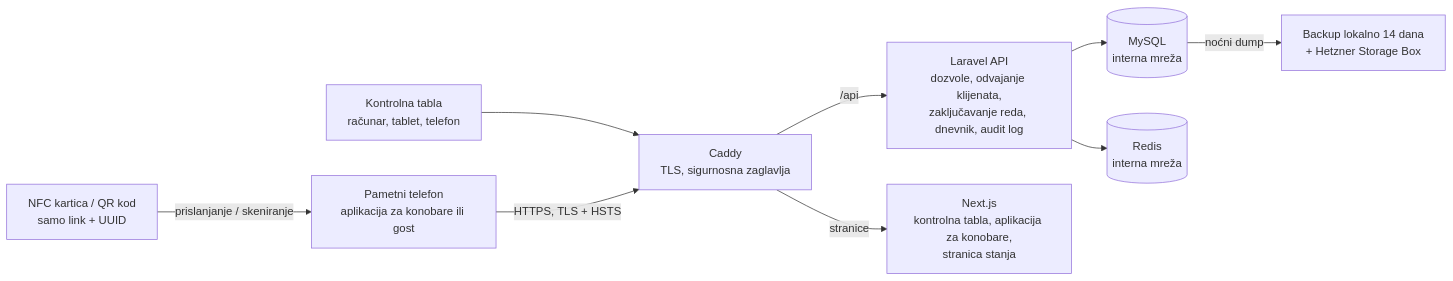
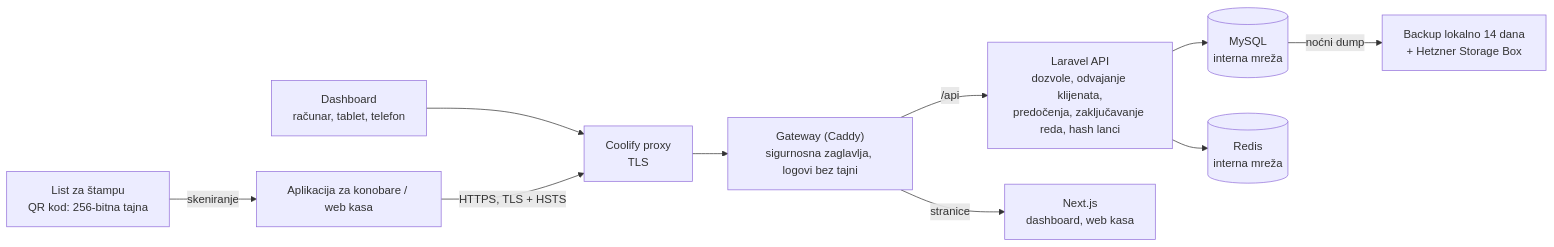
Before and after one commit to morganndesign/nfc-gutscheine: the diagram in docs/bhs/07-security/security-whitepaper.md, drawn with Mermaid. The commit also changed other lines of this file and 59 other files, not shown here.

First line of the commit message:
Docs: final architecture (ADR-002) in English, German and BHS; 2.0.0 changelog

````diff
--- a/docs/bhs/07-security/security-whitepaper.md
+++ b/docs/bhs/07-security/security-whitepaper.md
@@ -52,11 +53,12 @@
 ```mermaid
 flowchart LR
-    Karte["NFC kartica / QR kod<br/>samo link + UUID"] -->|prislanjanje / skeniranje| Handy["Pametni telefon<br/>aplikacija za konobare ili gost"]
-    PC["Kontrolna tabla<br/>računar, tablet, telefon"] --> Caddy
-    Handy -->|HTTPS, TLS + HSTS| Caddy["Caddy<br/>TLS, sigurnosna zaglavlja"]
-    Caddy -->|/api| API["Laravel API<br/>dozvole, odvajanje klijenata,<br/>zaključavanje reda, dnevnik, audit log"]
-    Caddy -->|stranice| Web["Next.js<br/>kontrolna tabla, aplikacija za konobare,<br/>stranica stanja"]
+    QR["List za štampu<br/>QR kod: 256-bitna tajna"] -->|skeniranje| Handy["Aplikacija za konobare / web kasa"]
+    PC["Dashboard<br/>računar, tablet, telefon"] --> Proxy
+    Handy -->|HTTPS, TLS + HSTS| Proxy["Coolify proxy<br/>TLS"]
+    Proxy --> GW["Gateway (Caddy)<br/>sigurnosna zaglavlja, logovi bez tajni"]
+    GW -->|/api| API["Laravel API<br/>dozvole, odvajanje klijenata,<br/>predočenja, zaključavanje reda, hash lanci"]
+    GW -->|stranice| Web["Next.js<br/>dashboard, web kasa"]
     API --> DB[("MySQL<br/>interna mreža")]
     API --> Redis[("Redis<br/>interna mreža")]
     DB -->|noćni dump| Backup["Backup lokalno 14 dana<br/>+ Hetzner Storage Box"]
 ```
````
